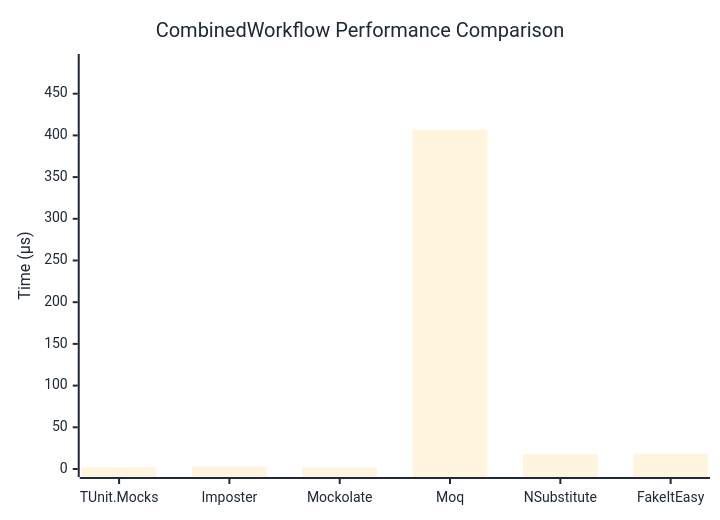
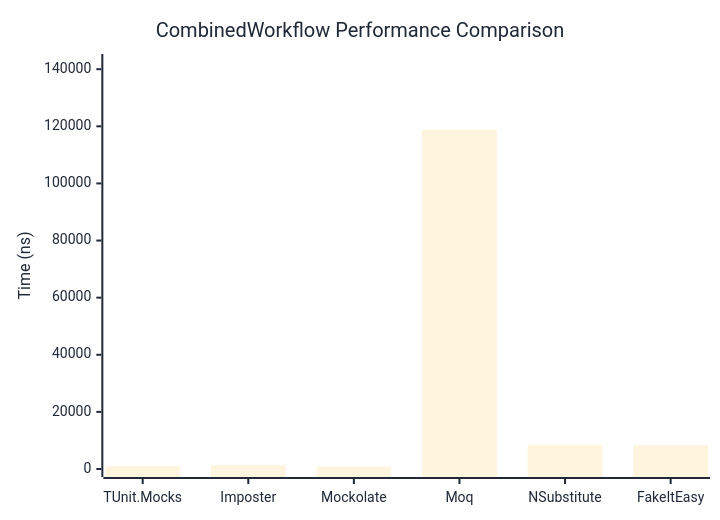
Before and after one commit to thomhurst/TUnit: the diagram in docs/docs/benchmarks/mocks/CombinedWorkflow.md, drawn with Mermaid. The commit also changed other lines of this file and 14 other files, not shown here.

````diff
--- a/docs/docs/benchmarks/mocks/CombinedWorkflow.md
+++ b/docs/docs/benchmarks/mocks/CombinedWorkflow.md
@@ -30,27 +30,27 @@
 ```mermaid
 %%{init: {
   'theme':'base',
   'themeVariables': {
     'primaryColor': '#2563eb',
     'primaryTextColor': '#1f2937',
     'primaryBorderColor': '#1e40af',
     'lineColor': '#6b7280',
     'secondaryColor': '#7c3aed',
     'tertiaryColor': '#dc2626',
     'background': '#ffffff',
     'pie1': '#2563eb',
     'pie2': '#7c3aed',
     'pie3': '#dc2626',
     'pie4': '#f59e0b',
     'pie5': '#10b981',
     'pie6': '#06b6d4',
     'pie7': '#ec4899',
     'pie8': '#6366f1'
   }
 }}%%
 xychart-beta
   title "CombinedWorkflow Performance Comparison"
   x-axis ["TUnit.Mocks", "Imposter", "Mockolate", "Moq", "NSubstitute", "FakeItEasy"]
-  y-axis "Time (μs)" 0 --> 488
-  bar [2.057, 2.982, 1.714, 406.602, 17.79, 18.321]
+  y-axis "Time (ns)" 0 --> 142518
+  bar [1026.9, 1373.1, 882.5, 118764.5, 8453.9, 8383.5]
 ```
````
